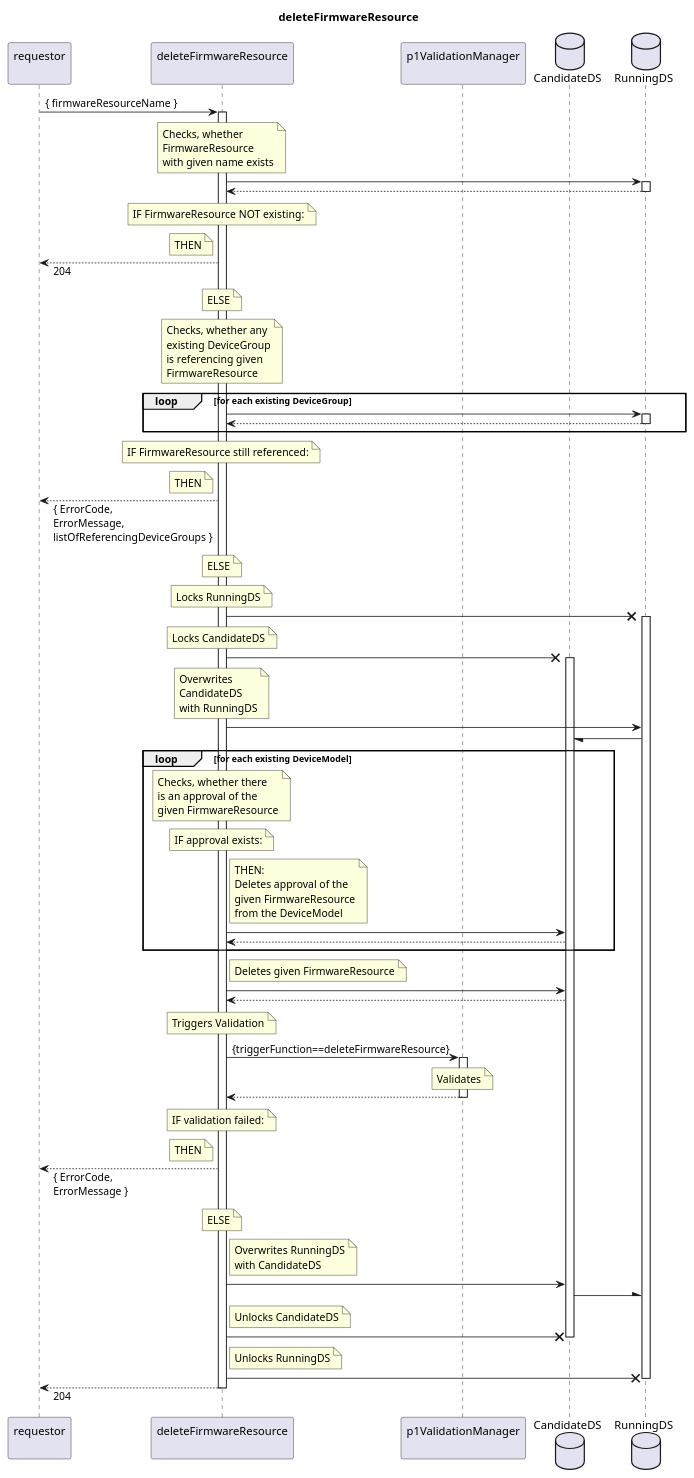
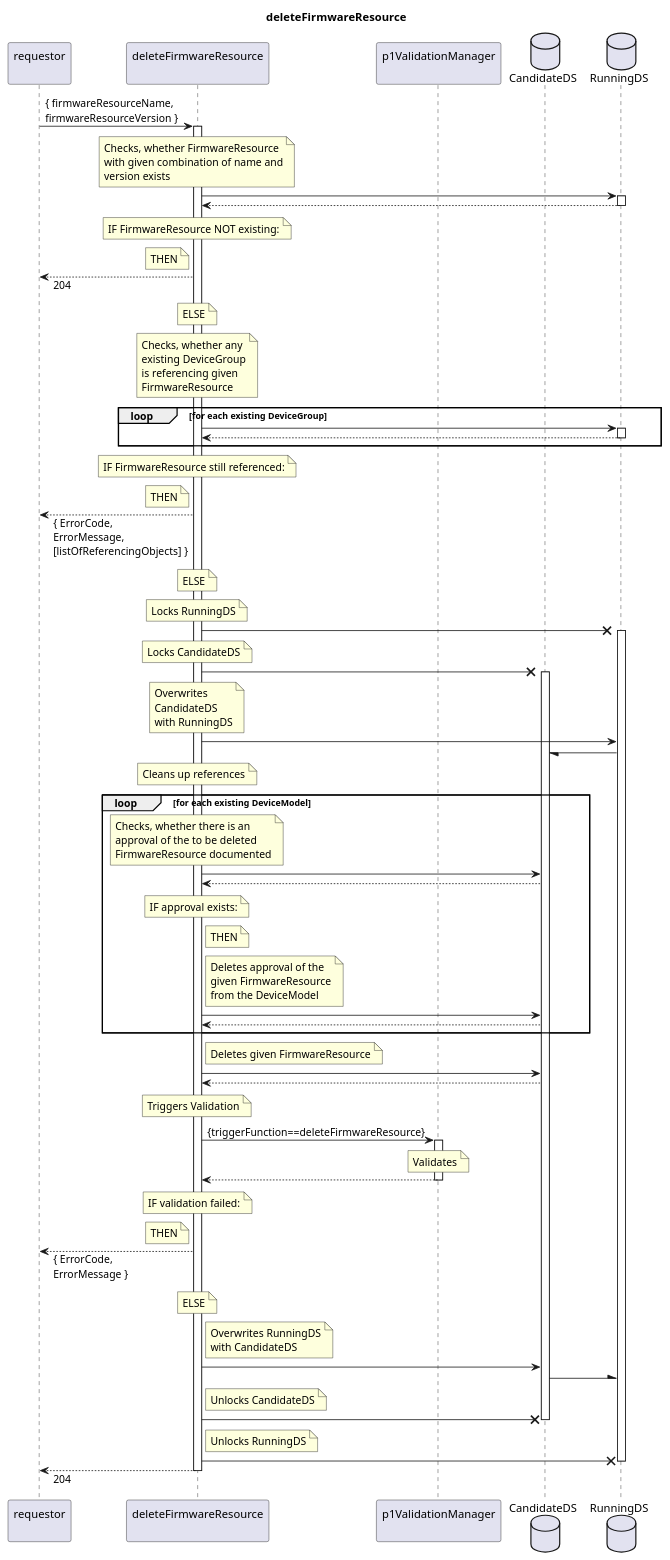
The diagram in spec/Services/deleteFirmwareResource/1.0.0/deleteFirmwareResource.plantuml (openBackhaul/FirmWareManager), drawn with PlantUML before and after one commit. The commit also changed 5 other files, not shown here.

```diff
--- a/spec/Services/deleteFirmwareResource/1.0.0/deleteFirmwareResource.plantuml
+++ b/spec/Services/deleteFirmwareResource/1.0.0/deleteFirmwareResource.plantuml
@@ -1,145 +1,152 @@
 @startuml deleteFirmwareResource
 skinparam responseMessageBelowArrow true
 
 title
   deleteFirmwareResource
 end title
 
 participant "requestor\n" as requestor
-participant "deleteFirmwareResource\n" as delServer
+participant "deleteFirmwareResource\n" as delFWR
 participant "p1ValidationManager\n" as valiMan
 database "CandidateDS" as CanDS
 database "RunningDS" as RunDS
 
-requestor -> delServer: { firmwareResourceName }
-activate delServer
+requestor -> delFWR: { firmwareResourceName,\nfirmwareResourceVersion }
+activate delFWR
 
-  note over delServer
-    Checks, whether
-    FirmwareResource
-    with given name exists
+  note over delFWR
+    Checks, whether FirmwareResource
+    with given combination of name and
+    version exists
   end note
-  delServer -> RunDS
+  delFWR -> RunDS
   activate RunDS
-  delServer <-- RunDS
+  delFWR <-- RunDS
   deactivate RunDS
-  note over delServer
+  note over delFWR
     IF FirmwareResource NOT existing:
   end note
-  note left delServer
+  note left delFWR
     THEN
   end note
-  requestor <-- delServer: 204
-  note over delServer
+  requestor <-- delFWR: 204
+  note over delFWR
     ELSE
   end note
 
-  note over delServer
+  note over delFWR
     Checks, whether any
     existing DeviceGroup
     is referencing given
     FirmwareResource
   end note
   loop for each existing DeviceGroup
-    delServer -> RunDS
+    delFWR -> RunDS
     activate RunDS
-    delServer <-- RunDS
+    delFWR <-- RunDS
     deactivate RunDS
   end loop
-  note over delServer
+  note over delFWR
     IF FirmwareResource still referenced:
   end note
-  note left delServer
+  note left delFWR
     THEN
   end note
-  requestor <-- delServer: { ErrorCode,\nErrorMessage,\nlistOfReferencingDeviceGroups }
-  note over delServer
+  requestor <-- delFWR: { ErrorCode,\nErrorMessage,\n[listOfReferencingObjects] }
+  note over delFWR
     ELSE
   end note
 
-  note over delServer
+  note over delFWR
     Locks RunningDS
   end note
-  delServer -X RunDS
+  delFWR -X RunDS
   activate RunDS
-  note over delServer
+  note over delFWR
     Locks CandidateDS
   end note
-  delServer -X CanDS
+  delFWR -X CanDS
   activate CanDS
-  note over delServer
+  note over delFWR
     Overwrites
     CandidateDS
     with RunningDS
   end note
-  delServer -> RunDS
+  delFWR -> RunDS
   RunDS -/ CanDS
 
+  note over delFWR
+    Cleans up references
+  end note
   loop for each existing DeviceModel
-    note over delServer
-      Checks, whether there
-      is an approval of the
-      given FirmwareResource
+    note over delFWR
+      Checks, whether there is an 
+      approval of the to be deleted
+      FirmwareResource documented
     end note
-    note over delServer
+    delFWR -> CanDS
+    delFWR <-- CanDS
+    note over delFWR
       IF approval exists:
     end note
-    note right delServer
-      THEN:
+    note right delFWR
+      THEN
+    end note
+    note right delFWR
       Deletes approval of the
       given FirmwareResource
       from the DeviceModel
     end note
-    delServer -> CanDS
-    delServer <-- CanDS
+    delFWR -> CanDS
+    delFWR <-- CanDS
   end loop
 
-  note right delServer
+  note right delFWR
     Deletes given FirmwareResource
   end note
-  delServer -> CanDS
-  delServer <-- CanDS
+  delFWR -> CanDS
+  delFWR <-- CanDS
 
-  note over delServer
+  note over delFWR
     Triggers Validation
   end note
-  delServer -> valiMan: {triggerFunction==deleteFirmwareResource}
+  delFWR -> valiMan: {triggerFunction==deleteFirmwareResource}
   activate valiMan
     note over valiMan
       Validates
     end note
-  delServer <-- valiMan
+  delFWR <-- valiMan
   deactivate valiMan
-  note over delServer
+  note over delFWR
     IF validation failed:
   end note
-  note left delServer
+  note left delFWR
     THEN
   end note
-  requestor <-- delServer: { ErrorCode,\nErrorMessage }
-  note over delServer
+  requestor <-- delFWR: { ErrorCode,\nErrorMessage }
+  note over delFWR
     ELSE
   end note
 
-  note right delServer
+  note right delFWR
     Overwrites RunningDS
     with CandidateDS
   end note
-  delServer -> CanDS
+  delFWR -> CanDS
   CanDS -\ RunDS
-  note right delServer
+  note right delFWR
     Unlocks CandidateDS
   end note
-  delServer -X CanDS
+  delFWR -X CanDS
   deactivate CanDS
-  note right delServer
+  note right delFWR
     Unlocks RunningDS
   end note
-  delServer -X RunDS
+  delFWR -X RunDS
   deactivate RunDS
 
-  requestor <-- delServer: 204
+  requestor <-- delFWR: 204
 
-deactivate delServer
+deactivate delFWR
 
 @enduml
```
